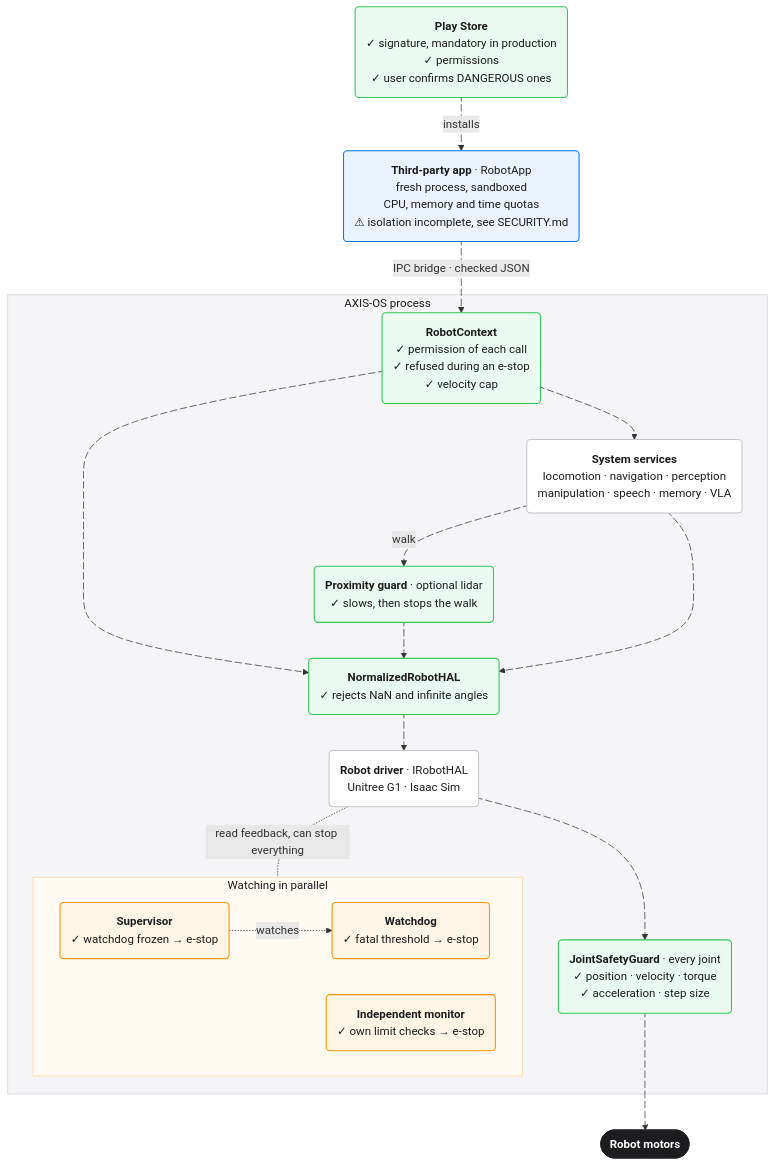
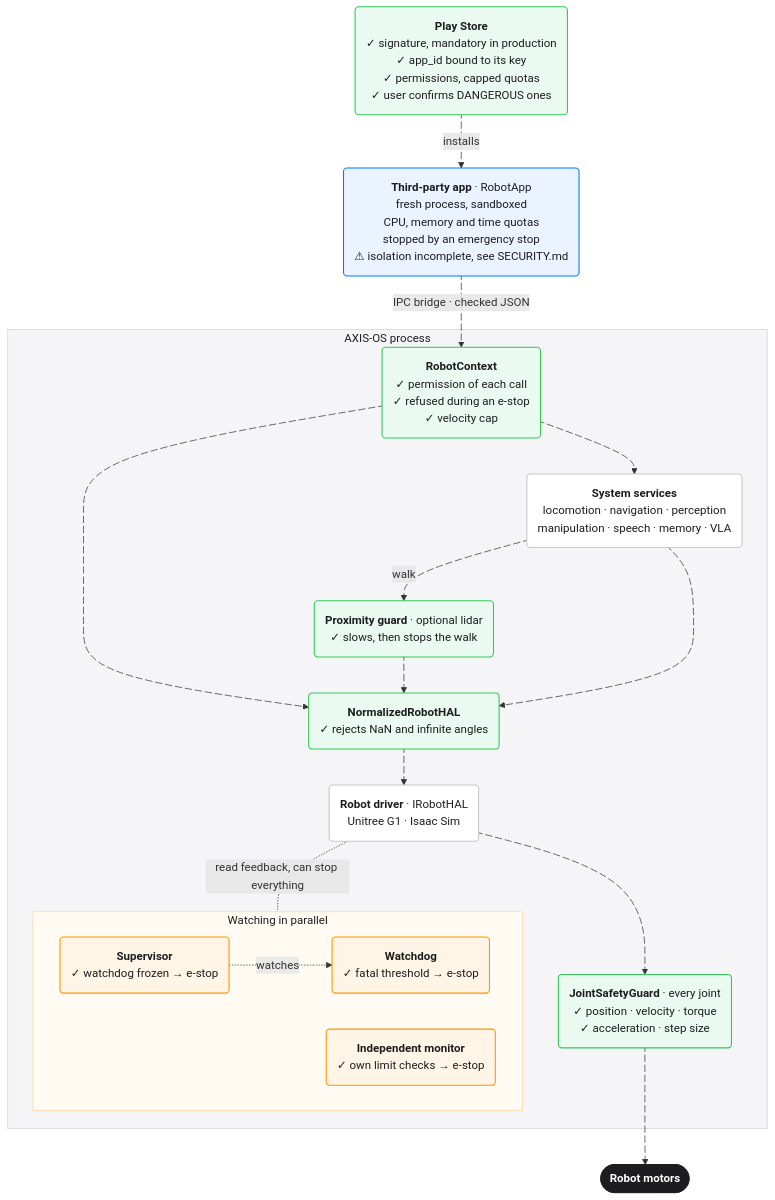
One commit to OS-AXIS/AXIS-OS changed the diagram in README.md. Above: the diagram before and after it, drawn with Mermaid. The commit also changed 5 other files, not shown here.

````diff
--- a/README.md
+++ b/README.md
@@ -50,66 +50,66 @@
 ```mermaid
 ---
 config:
   layout: dagre
   fontFamily: "-apple-system, BlinkMacSystemFont, 'SF Pro Text', 'Helvetica Neue', Helvetica, Arial, sans-serif"
   flowchart:
     wrappingWidth: 320
   themeCSS: ".node rect, .cluster rect { rx: 14px; ry: 14px; } .edgeLabel foreignObject { overflow: visible; } .labelBkg { background: none; } .labelBkg .edgeLabel { display: inline-block; padding: 0 8px; border-radius: 999px; background: #ffffff; border: 1px solid #d2d2d7; color: #3a3a3c; } .labelBkg .edgeLabel p { background: none; margin: 0; } .labelBkg .edgeLabel:empty { display: none; } .flowchart-link { stroke: #8e8e93; stroke-width: 1.3px; } .marker { fill: #8e8e93; stroke: #8e8e93; } .edge-animation-fast { stroke: #007aff; stroke-dasharray: 0 20 !important; stroke-width: 5px; } @media (prefers-reduced-motion: reduce) { .edge-animation-fast { animation: none; } }"
 ---
 flowchart TB
-    PS("<b>Play Store</b><br/>✓ signature, mandatory in production<br/>✓ permissions<br/>✓ user confirms DANGEROUS ones")
+    PS("<b>Play Store</b><br/>✓ signature, mandatory in production<br/>✓ app_id bound to its key<br/>✓ permissions, capped quotas<br/>✓ user confirms DANGEROUS ones")
 
-    A("<b>Third-party app</b> · RobotApp<br/>fresh process, sandboxed<br/>CPU, memory and time quotas<br/>⚠ isolation incomplete, see SECURITY.md")
+    A("<b>Third-party app</b> · RobotApp<br/>fresh process, sandboxed<br/>CPU, memory and time quotas<br/>stopped by an emergency stop<br/>⚠ isolation incomplete, see SECURITY.md")
 
     subgraph OS["AXIS-OS process"]
         CTX("<b>RobotContext</b><br/>✓ permission of each call<br/>✓ refused during an e-stop<br/>✓ velocity cap")
         SV("<b>System services</b><br/>locomotion · navigation · perception<br/>manipulation · speech · memory · VLA")
         G("<b>Proximity guard</b> · optional lidar<br/>✓ slows, then stops the walk")
         N("<b>NormalizedRobotHAL</b><br/>✓ rejects NaN and infinite angles")
         D("<b>Robot driver</b> · IRobotHAL<br/>Unitree G1 · Isaac Sim")
         J("<b>JointSafetyGuard</b> · every joint<br/>✓ position · velocity · torque<br/>✓ acceleration · step size")
         subgraph MON["Watching in parallel"]
             W("<b>Watchdog</b><br/>✓ fatal threshold → e-stop")
             SU("<b>Supervisor</b><br/>✓ watchdog frozen → e-stop")
             IM("<b>Independent monitor</b><br/>✓ own limit checks → e-stop")
         end
     end
 
     R(["<b>Robot motors</b>"])
 
     PS e1@-->|installs| A
     A e2@-->|"IPC bridge · checked JSON"| CTX
     CTX e3@--> SV
     CTX e4@--> N
     SV e5@-->|walk| G
     G e6@--> N
     SV e7@--> N
     N e8@--> D
     D e9@--> J
     J e10@--> R
     SU -.->|watches| W
     D -.-|"read feedback, can stop everything"| MON
 
     e1@{ animate: true }
     e2@{ animate: true }
     e3@{ animate: true }
     e4@{ animate: true }
     e5@{ animate: true }
     e6@{ animate: true }
     e7@{ animate: true }
     e8@{ animate: true }
     e9@{ animate: true }
     e10@{ animate: true }
     classDef app fill:#eaf3ff,stroke:#007aff,stroke-width:1.5px,color:#1d1d1f
     classDef check fill:#eafaf0,stroke:#34c759,stroke-width:1.5px,color:#1d1d1f
     classDef watch fill:#fff5e6,stroke:#ff9500,stroke-width:1.5px,color:#1d1d1f
     classDef plain fill:#ffffff,stroke:#c7c7cc,stroke-width:1.5px,color:#1d1d1f
     classDef motor fill:#1d1d1f,stroke:#1d1d1f,color:#ffffff
     class A app
     class PS,CTX,G,N,J check
     class W,SU,IM watch
     class SV,D plain
     class R motor
     style OS fill:#f5f5f7,stroke:#d2d2d7,color:#1d1d1f
     style MON fill:#fffaf2,stroke:#ffd59e,color:#1d1d1f
 ```
````
